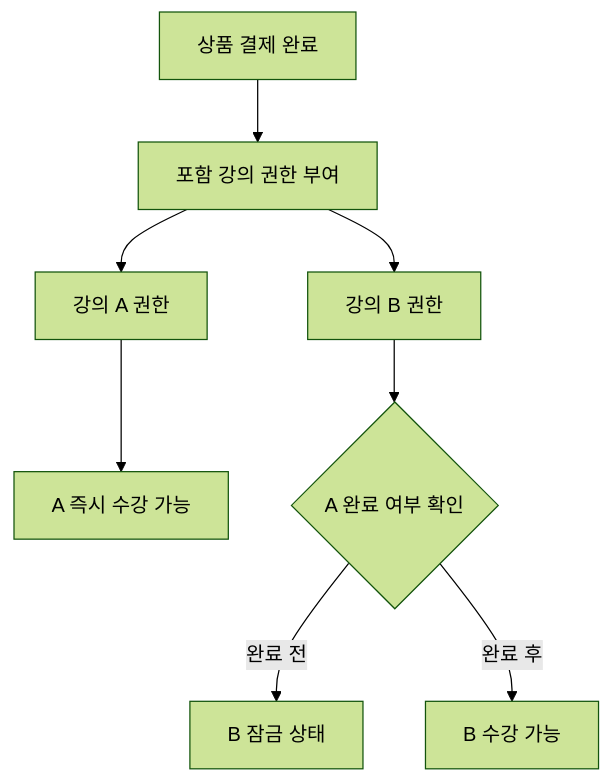
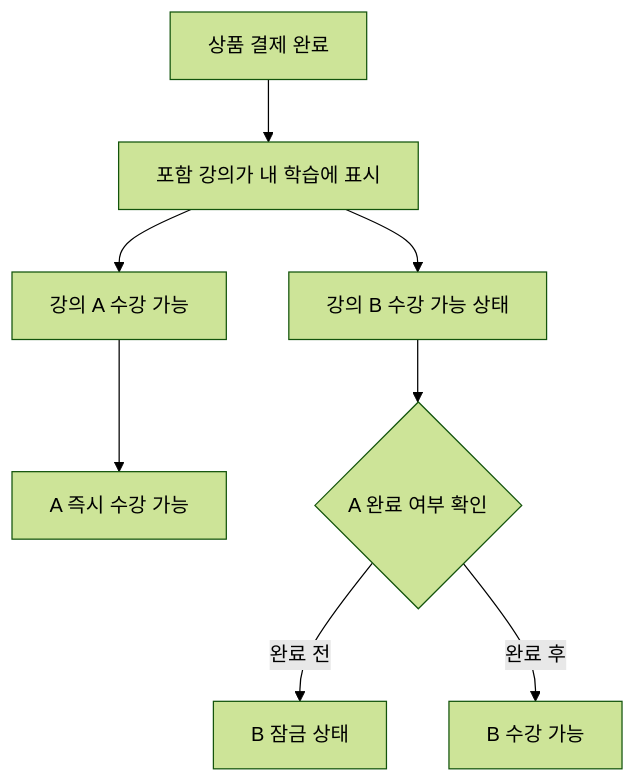
One commit to olabeann/knowhowzip changed the third of 3 diagrams in knowhowzip-site/docs/creator-product-logic.md. Above: the diagram before and after it, drawn with Mermaid (forest theme). The commit also changed other lines of this file and 10 other files, not shown here.

````diff
--- a/knowhowzip-site/docs/creator-product-logic.md
+++ b/knowhowzip-site/docs/creator-product-logic.md
@@ -339,10 +315,10 @@
 ```mermaid
 flowchart TD
-    A["상품 결제 완료"] --> B["포함 강의 권한 부여"]
-    B --> C["강의 A 권한"]
-    B --> D["강의 B 권한"]
+    A["상품 결제 완료"] --> B["포함 강의가 내 학습에 표시"]
+    B --> C["강의 A 수강 가능"]
+    B --> D["강의 B 수강 가능 상태"]
     C --> E["A 즉시 수강 가능"]
     D --> F{"A 완료 여부 확인"}
     F -- "완료 전" --> G["B 잠금 상태"]
     F -- "완료 후" --> H["B 수강 가능"]
 ```
````
